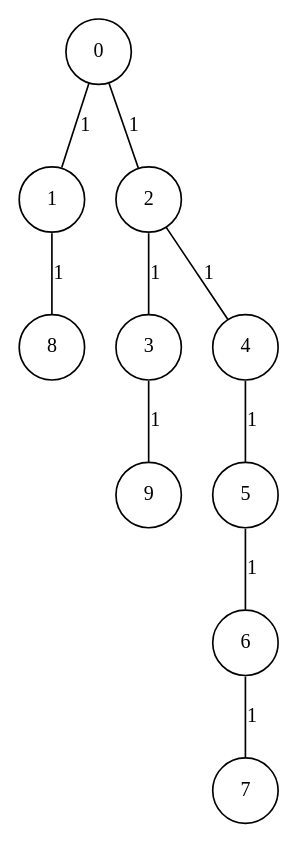
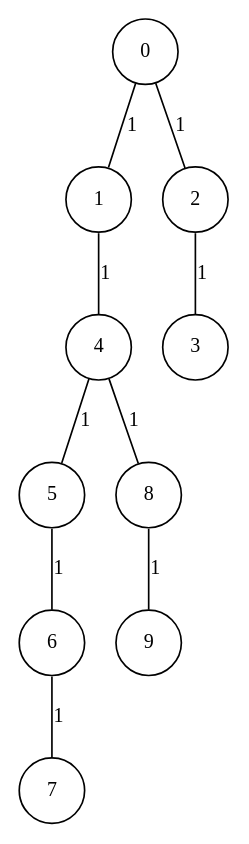
One commit to cardosodg/setcover-grasp changed the diagram in GraphGenerator/input/instGraph_10_9.txt.dot. Above: the diagram before and after it, drawn with Graphviz. The commit also changed 3448 other files, not shown here.

```diff
--- a/GraphGenerator/input/instGraph_10_9.txt.dot
+++ b/GraphGenerator/input/instGraph_10_9.txt.dot
@@ -1,29 +1,29 @@
 graph G {
 size="8.5,11;"
 ratio = "expand;"
 fixedsize="true;"
 overlap="scale;"
 node[shape=circle,width=.12,hight=.12,fontsize=12]
 edge[fontsize=12]
 
-0[label=" 0" color=black, pos="2.4318435,2.7533827!"];
-1[label=" 1" color=black, pos="0.9979699,1.5235484!"];
-2[label=" 2" color=black, pos="0.66179158,2.3276161!"];
-3[label=" 3" color=black, pos="2.6467118,2.0501679!"];
-4[label=" 4" color=black, pos="0.80333016,2.6819217!"];
-5[label=" 5" color=black, pos="2.3129397,0.29793323!"];
-6[label=" 6" color=black, pos="2.1890636,1.0534394!"];
-7[label=" 7" color=black, pos="1.1572751,1.1361705!"];
-8[label=" 8" color=black, pos="0.058052283,2.9455016!"];
-9[label=" 9" color=black, pos="1.9252196,2.2569691!"];
+0[label=" 0" color=black, pos="2.7194618,0.40118765!"];
+1[label=" 1" color=black, pos="2.4340086,2.3857482!"];
+2[label=" 2" color=black, pos="1.1547238,2.0145793!"];
+3[label=" 3" color=black, pos="1.3821671,2.7374077!"];
+4[label=" 4" color=black, pos="0.64965896,2.9195909!"];
+5[label=" 5" color=black, pos="2.8097853,1.3119505!"];
+6[label=" 6" color=black, pos="2.0060048,1.8439096!"];
+7[label=" 7" color=black, pos="0.64269253,0.40070905!"];
+8[label=" 8" color=black, pos="1.7188672,2.6778124!"];
+9[label=" 9" color=black, pos="2.0328927,0.68572179!"];
 0--1[label="1"]
 0--2[label="1"]
-1--8[label="1"]
+1--4[label="1"]
 2--3[label="1"]
-2--4[label="1"]
-3--9[label="1"]
 4--5[label="1"]
+4--8[label="1"]
 5--6[label="1"]
 6--7[label="1"]
+8--9[label="1"]
 
 }
```
